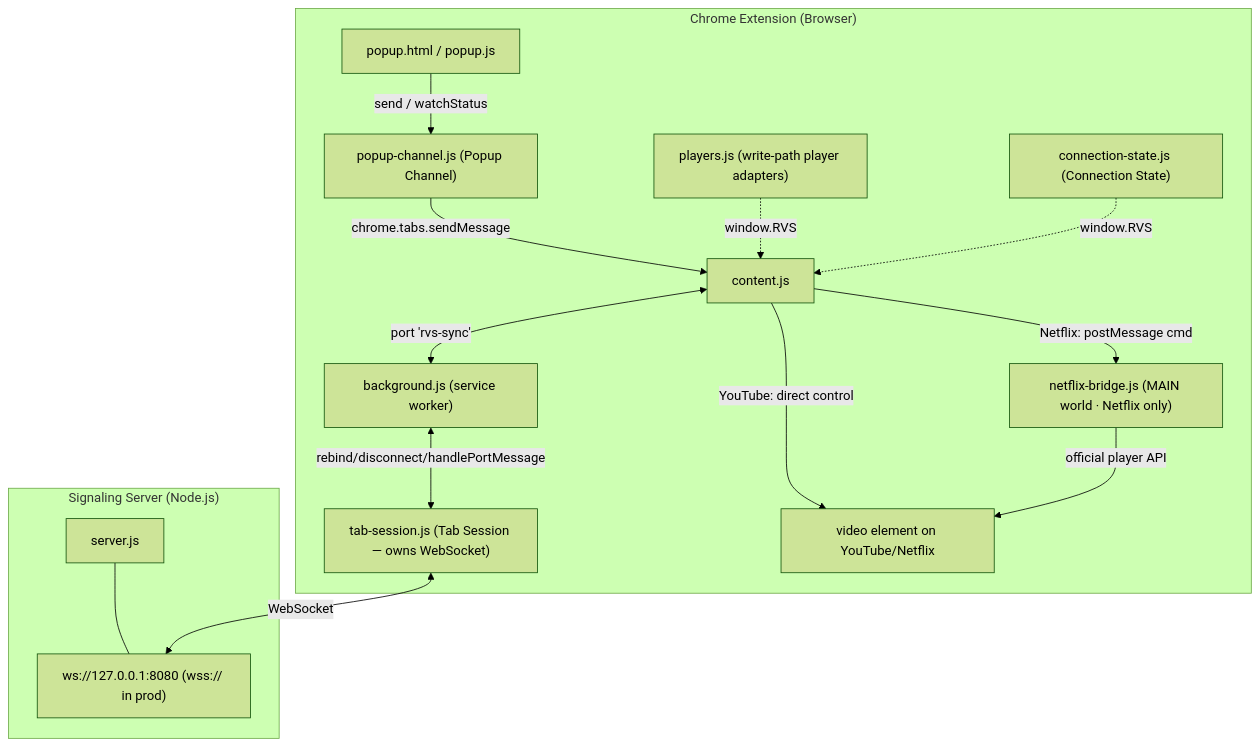
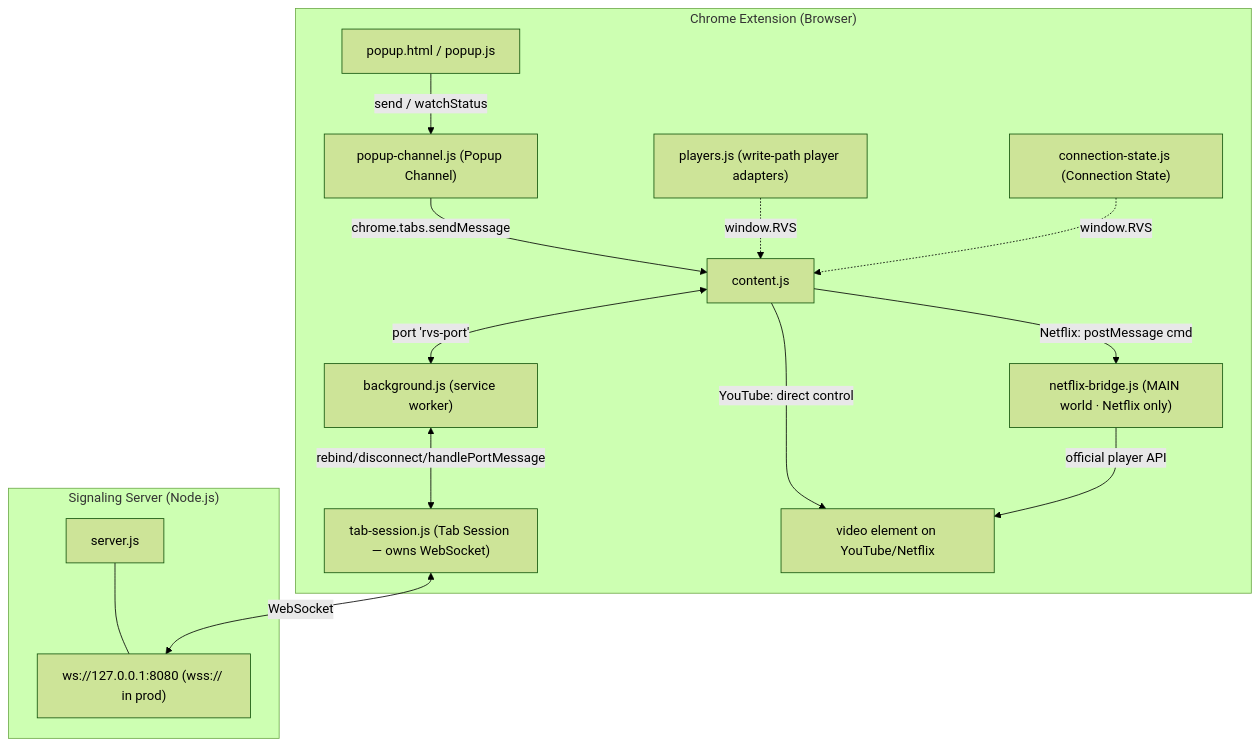
One commit to leviliangtw/rvs changed the second of 2 diagrams in docs/implementation_plan.md. Above: the diagram before and after it, drawn with Mermaid (forest theme). The commit also changed other lines of this file and 7 other files, not shown here.

````diff
--- a/docs/implementation_plan.md
+++ b/docs/implementation_plan.md
@@ -98,30 +98,30 @@
 ```mermaid
 graph TD
     subgraph "Signaling Server (Node.js)"
         S["server.js"]
         WS["ws://127.0.0.1:8080 (wss:// in prod)"]
     end
     subgraph "Chrome Extension (Browser)"
         P["popup.html / popup.js"]
         PC["popup-channel.js (Popup Channel)"]
         PL["players.js (write-path player adapters)"]
         CST["connection-state.js (Connection State)"]
         CS["content.js"]
         BG["background.js (service worker)"]
         TS["tab-session.js (Tab Session — owns WebSocket)"]
         NB["netflix-bridge.js (MAIN world · Netflix only)"]
         V["video element on YouTube/Netflix"]
     end
 
     S --- WS
     P -->|send / watchStatus| PC
     PC -->|chrome.tabs.sendMessage| CS
     PL -.->|window.RVS| CS
     CST -.->|window.RVS| CS
-    CS <-->|port 'rvs-sync'| BG
+    CS <-->|port 'rvs-port'| BG
     BG <-->|rebind/disconnect/handlePortMessage| TS
     TS <-->|WebSocket| WS
     CS -->|YouTube: direct control| V
     CS -->|Netflix: postMessage cmd| NB
     NB -->|official player API| V
 ```
````
